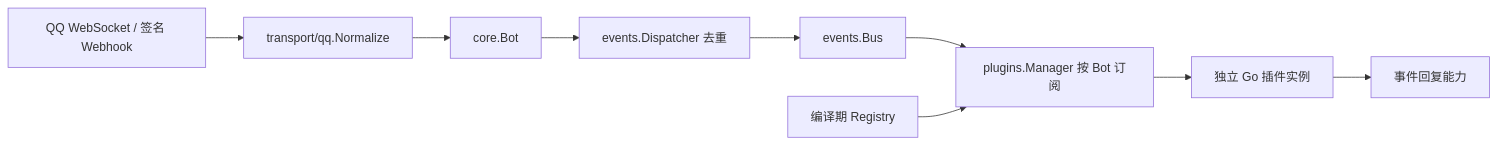
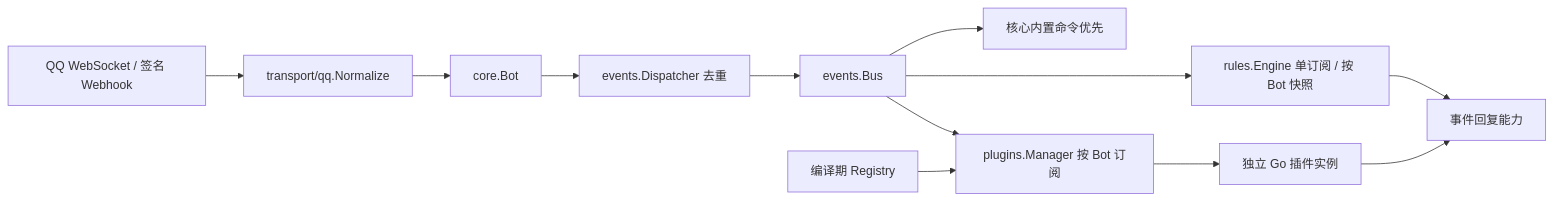
The diagram in docs/architecture-v2.md (kylin930/ShizukuBot), drawn with Mermaid before and after one commit. The commit also changed other lines of this file and 14 other files, not shown here.

````diff
--- a/docs/architecture-v2.md
+++ b/docs/architecture-v2.md
@@ -5,11 +5,14 @@
 ```mermaid
 flowchart LR
     QQ[QQ WebSocket / 签名 Webhook] --> Adapter[transport/qq.Normalize]
     Adapter --> Bot[core.Bot]
     Bot --> Dispatcher[events.Dispatcher 去重]
     Dispatcher --> Bus[events.Bus]
+    Bus --> Builtin[核心内置命令优先]
+    Bus --> Rules[rules.Engine 单订阅 / 按 Bot 快照]
+    Rules --> Reply
     Bus --> Manager[plugins.Manager 按 Bot 订阅]
     Registry[编译期 Registry] --> Manager
     Manager --> Plugin[独立 Go 插件实例]
     Plugin --> Reply[事件回复能力]
 ```
````
